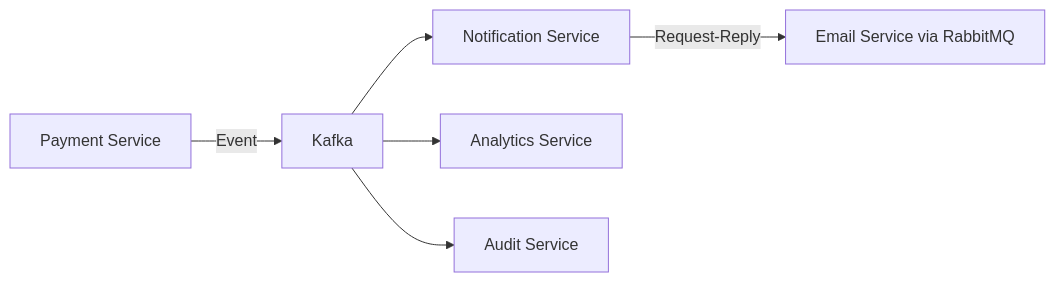
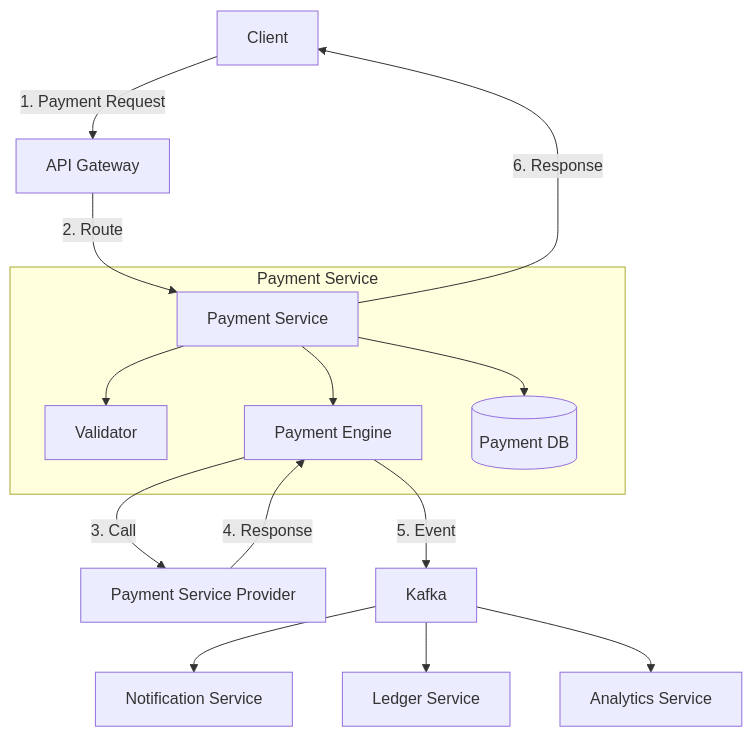
Before and after one commit to sunilkdasdev/writeups: the ninth of 10 diagrams in inteview1.md, drawn with Mermaid. The commit also changed other lines of this file, not shown here.

````diff
--- a/inteview1.md
+++ b/inteview1.md
@@ -1433,8 +699,19 @@
 ```mermaid
-graph LR
-    A[Payment Service] -->|Event| B[Kafka]
-    B --> C[Notification Service]
-    B --> D[Analytics Service]
-    B --> E[Audit Service]
-    C -->|Request-Reply| F[Email Service via RabbitMQ]
+graph TD
+    Client -->|1. Payment Request| API[API Gateway]
+    API -->|2. Route| PS[Payment Service]
+
+    subgraph PaySvc["Payment Service"]
+        PS --> V[Validator]
+        PS --> PE[Payment Engine]
+        PS --> DB[(Payment DB)]
+    end
+
+    PE -->|3. Call| PSP[Payment Service Provider]
+    PSP -->|4. Response| PE
+    PE -->|5. Event| K[Kafka]
+    K --> N[Notification Service]
+    K --> L[Ledger Service]
+    K --> A[Analytics Service]
+    PS -->|6. Response| Client
 ```
````
